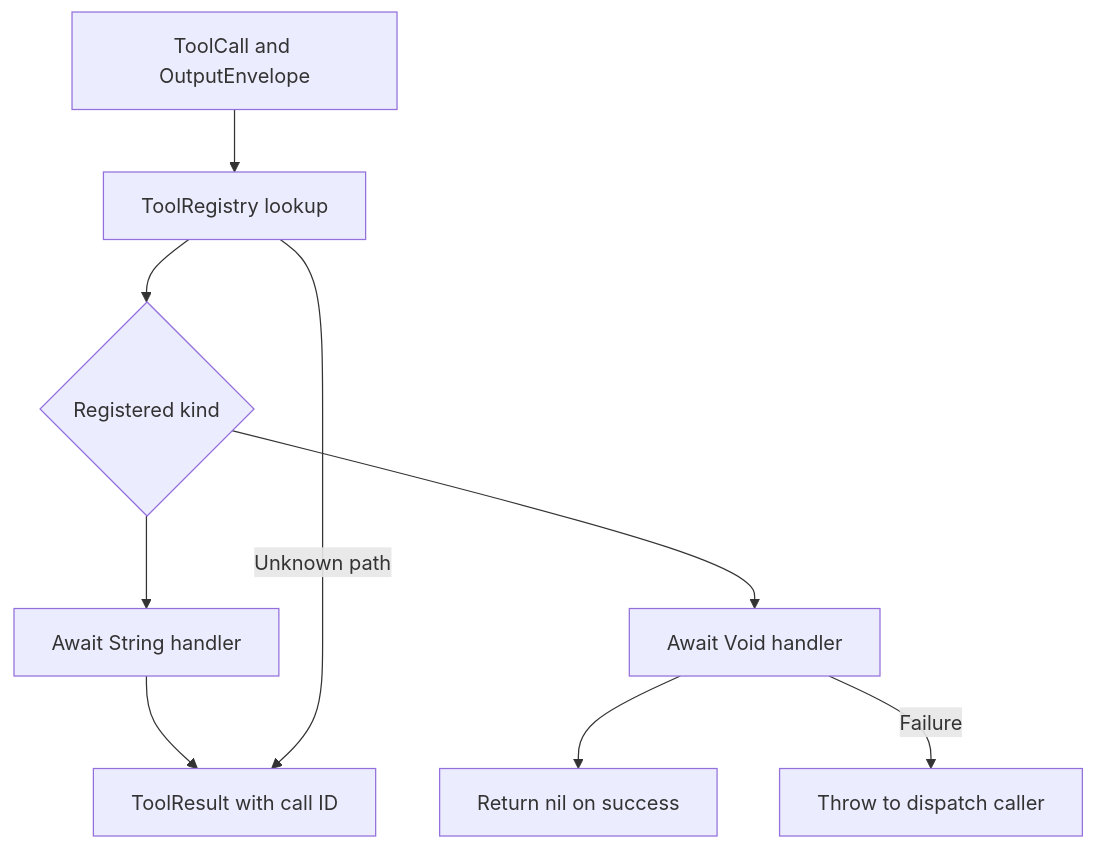
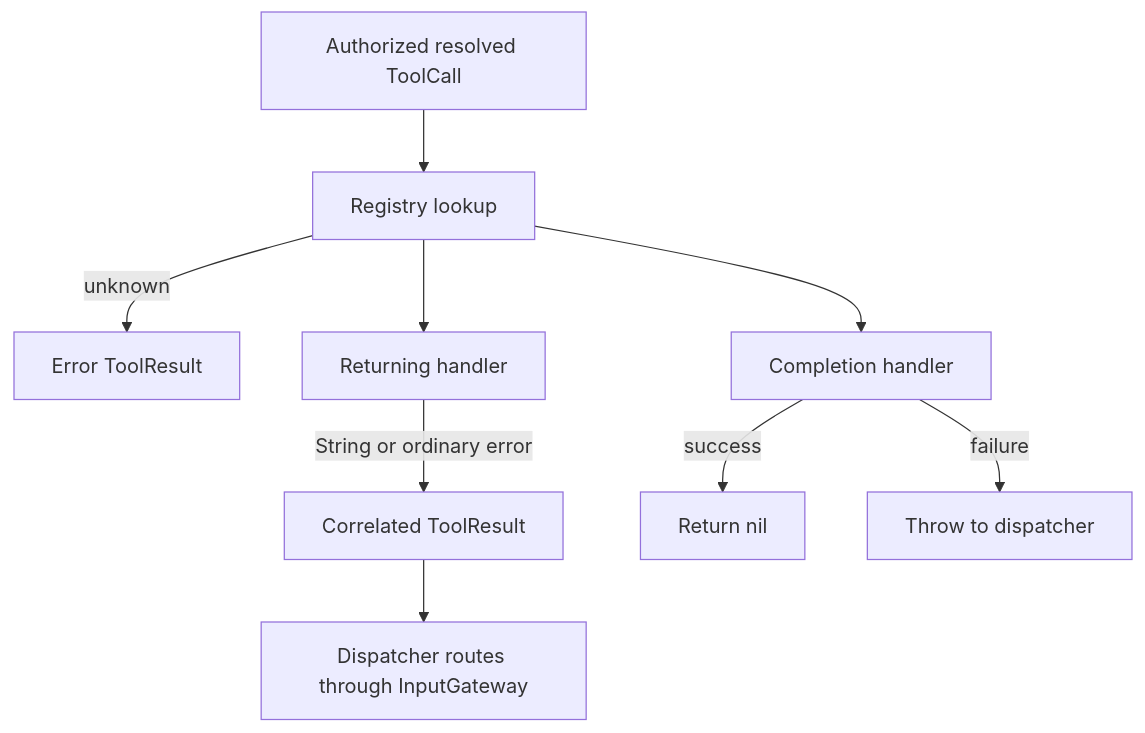
The second of 2 diagrams in MobileHarness/Tools/Runtime/README.md (devilyouwei/MobileHarness), drawn with Mermaid before and after one commit. The commit also changed other lines of this file and 120 other files, not shown here.

````diff
--- a/MobileHarness/Tools/Runtime/README.md
+++ b/MobileHarness/Tools/Runtime/README.md
@@ -33,11 +32,11 @@
 ```mermaid
 flowchart TD
-    Call[ToolCall and OutputEnvelope] --> Lookup[ToolRegistry lookup]
-    Lookup --> Kind{Registered kind}
-    Kind --> Returning[Await String handler]
-    Returning --> Result[ToolResult with call ID]
-    Kind --> Completion[Await Void handler]
-    Completion --> Done[Return nil on success]
-    Completion -->|Failure| Throw[Throw to dispatch caller]
-    Lookup -->|Unknown path| Result
+    Call[Authorized resolved ToolCall] --> Lookup[Registry lookup]
+    Lookup -->|unknown| Error[Error ToolResult]
+    Lookup --> Returning[Returning handler]
+    Lookup --> Completion[Completion handler]
+    Returning -->|String or ordinary error| Result[Correlated ToolResult]
+    Completion -->|success| Done[Return nil]
+    Completion -->|failure| Throw[Throw to dispatcher]
+    Result --> Input[Dispatcher routes through InputGateway]
 ```
````
